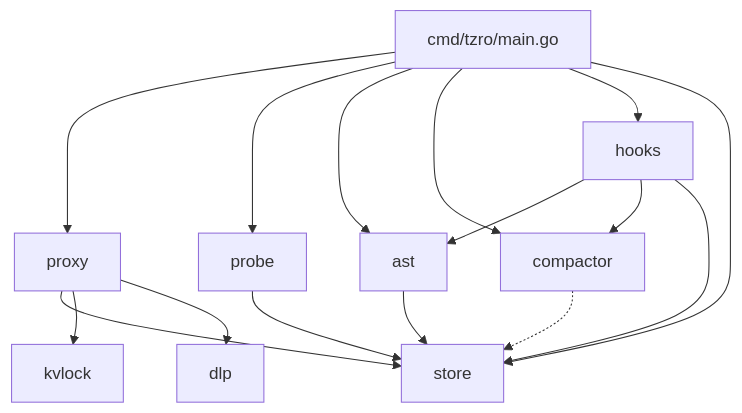
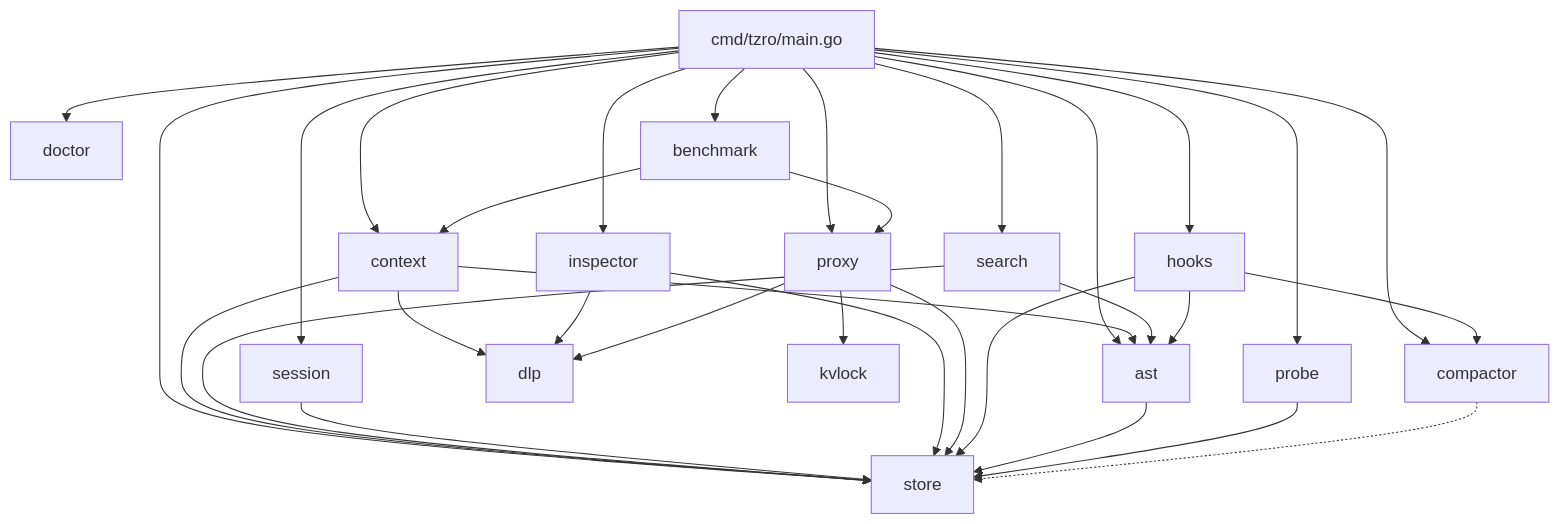
Before and after one commit to The18thWarrior/tzro: the second of 2 diagrams in docs/ARCHITECTURE.md, drawn with Mermaid. The commit also changed other lines of this file and 98 other files, not shown here.

First line of the commit message:
Release v2.1.0: Context Packs, Change-Impact Graphs, Unified Evidence Search & Session Continuity (#11)

````diff
--- a/docs/ARCHITECTURE.md
+++ b/docs/ARCHITECTURE.md
@@ -141,22 +149,42 @@
 ```mermaid
 graph TD
     CLI[cmd/tzro/main.go] --> proxy
     CLI --> probe
     CLI --> ast
     CLI --> compactor
     CLI --> hooks
     CLI --> store
+    CLI --> context
+    CLI --> search
+    CLI --> session
+    CLI --> doctor
+    CLI --> inspector
+    CLI --> benchmark
+
+    context --> store
+    context --> ast
+    context --> dlp
+
+    search --> store
+    search --> ast
+
+    session --> store
+
+    inspector --> store
+    inspector --> dlp
+
+    benchmark --> proxy
+    benchmark --> context
 
     proxy --> store
     proxy --> kvlock
     proxy --> dlp
 
     hooks --> ast
     hooks --> compactor
     hooks --> store
 
     ast --> store
     probe --> store
-
     compactor -.-> store
 ```
````
